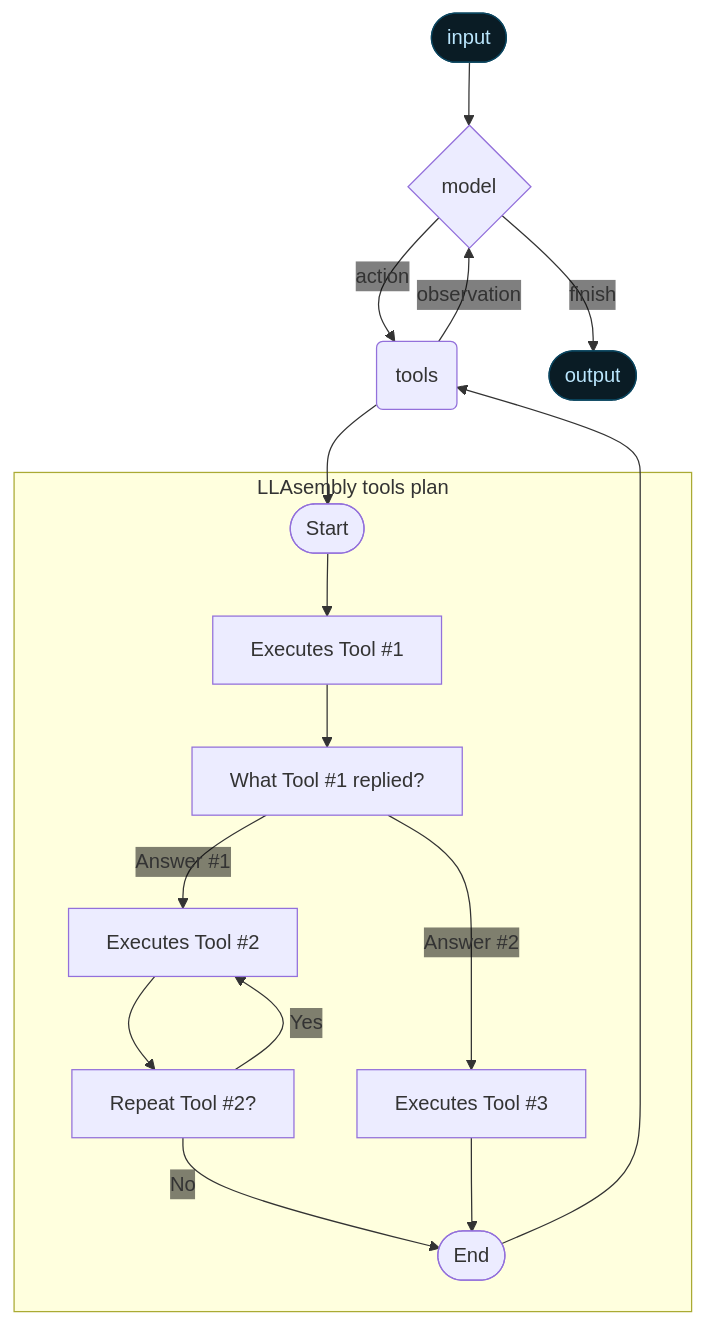
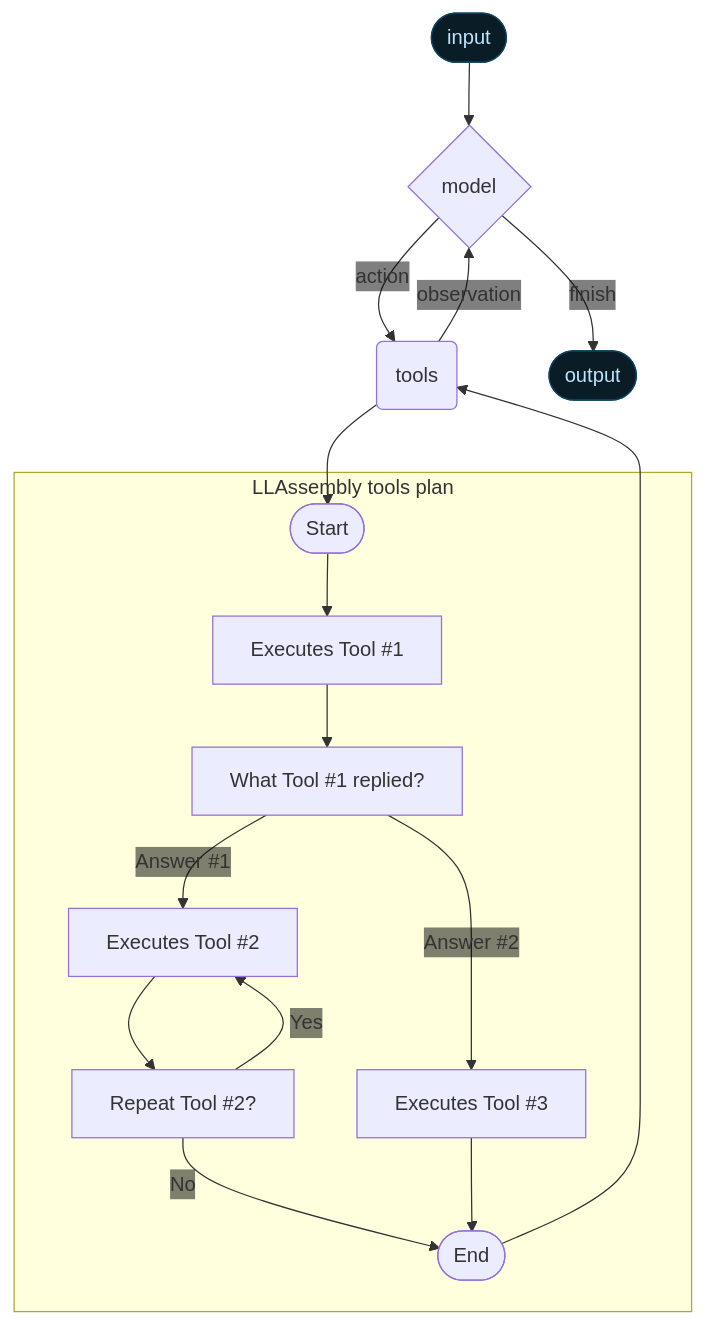
One commit to electronick1/LLAssembly changed the first of 2 diagrams in README.md. Above: the diagram before and after it, drawn with Mermaid. The commit also changed other lines of this file and 8 other files, not shown here.

````diff
--- a/README.md
+++ b/README.md
@@ -12,41 +12,41 @@
 ```mermaid  theme={null}
 %%{
   init: {
     "fontFamily": "monospace",
     "flowchart": {
       "curve": "curve"
     },
     "themeVariables": {"edgeLabelBackground": "transparent"}
   }
 }%%
 graph TD
   %% Outside the agent
   QUERY([input])
   LLM{model}
   TOOL(tools)
   ANSWER([output])
 
   %% Main flows (no inline labels)
   QUERY --> LLM
   LLM --"action"--> TOOL
   TOOL --"observation"--> LLM
   TOOL --> A
   F --> TOOL
   LLM --"finish"--> ANSWER
 
- subgraph LLAsembly tools plan
+ subgraph LLAssembly tools plan
   A([Start]) --> AA[Executes Tool #1]
   AA --> B[What Tool #1 replied?]
   B -- Answer #1 --> C[Executes Tool #2]
   B -- Answer #2  --> D[Executes Tool #3]
   C --> E[Repeat Tool #2?]
   E -- Yes --> C
   E -- No  --> F([End])
   D --> F
 end
 
   classDef blueHighlight fill:#0a1c25,stroke:#0a455f,color:#bae6fd;
   classDef greenHighlight fill:#0b1e1a,stroke:#0c4c39,color:#9ce4c4;
   class QUERY blueHighlight;
   class ANSWER blueHighlight;
 ```
````
